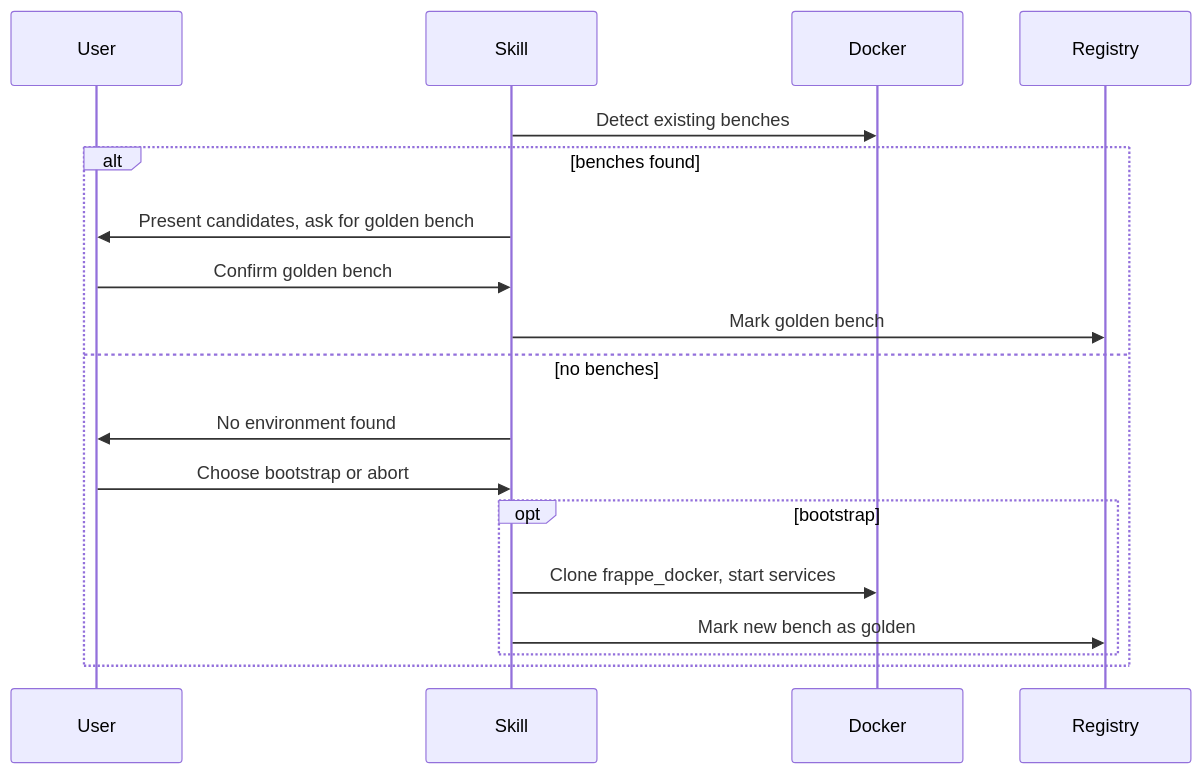
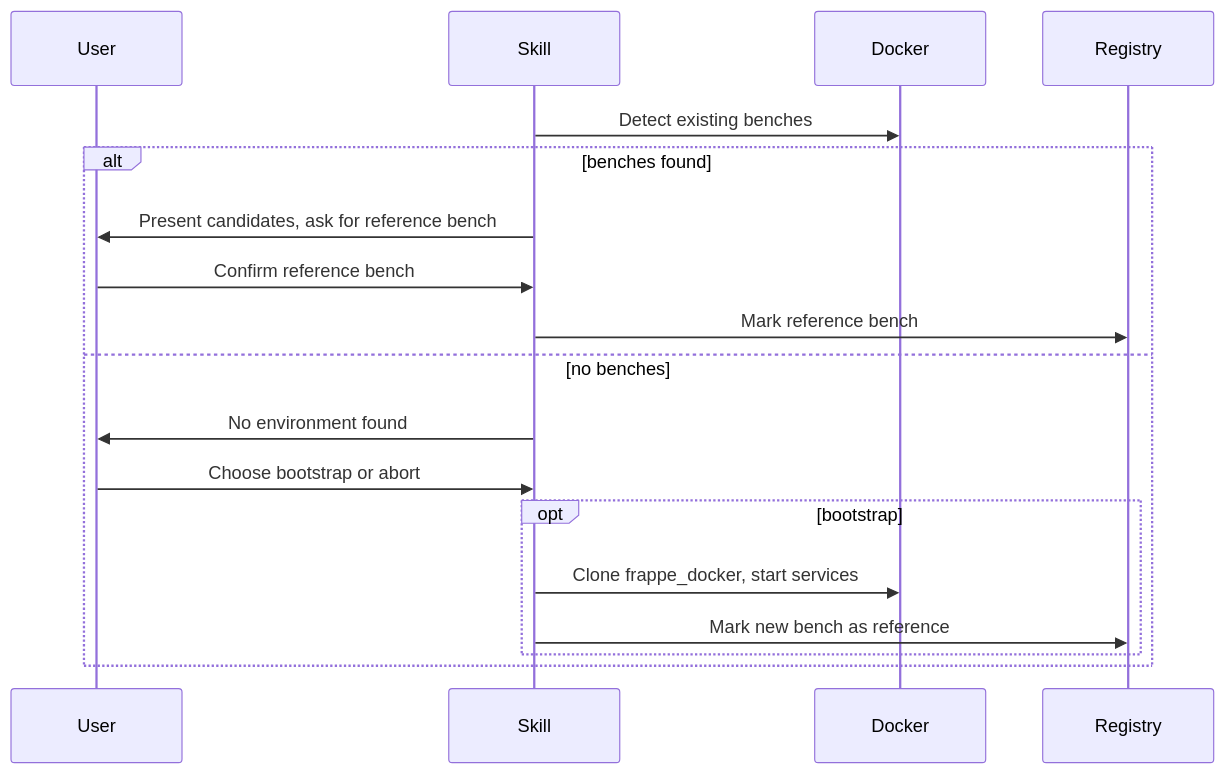
The second of 2 diagrams in docs/architecture.md (esafwan/frappe-multihand), drawn with Mermaid before and after one commit. The commit also changed other lines of this file and 6 other files, not shown here.

First line of the commit message:
refactor: replace 'golden bench' with 'reference bench' and emphasize agentic parallel development

````diff
--- a/docs/architecture.md
+++ b/docs/architecture.md
@@ -97,21 +97,21 @@
 ```mermaid
 sequenceDiagram
     participant User
     participant Skill
     participant Docker
     participant Registry
 
     Skill->>Docker: Detect existing benches
     alt benches found
-        Skill->>User: Present candidates, ask for golden bench
-        User->>Skill: Confirm golden bench
-        Skill->>Registry: Mark golden bench
+        Skill->>User: Present candidates, ask for reference bench
+        User->>Skill: Confirm reference bench
+        Skill->>Registry: Mark reference bench
     else no benches
         Skill->>User: No environment found
         User->>Skill: Choose bootstrap or abort
         opt bootstrap
             Skill->>Docker: Clone frappe_docker, start services
-            Skill->>Registry: Mark new bench as golden
+            Skill->>Registry: Mark new bench as reference
         end
     end
 ```
````
